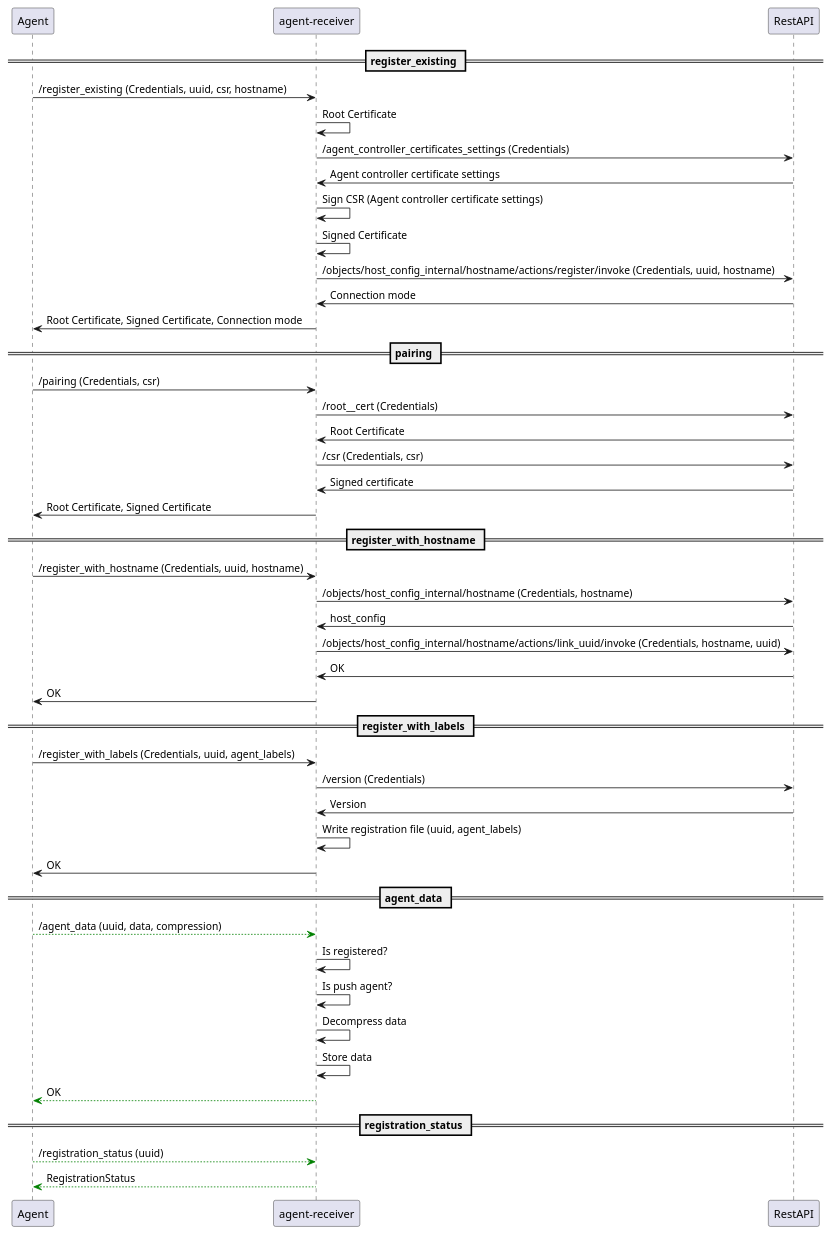
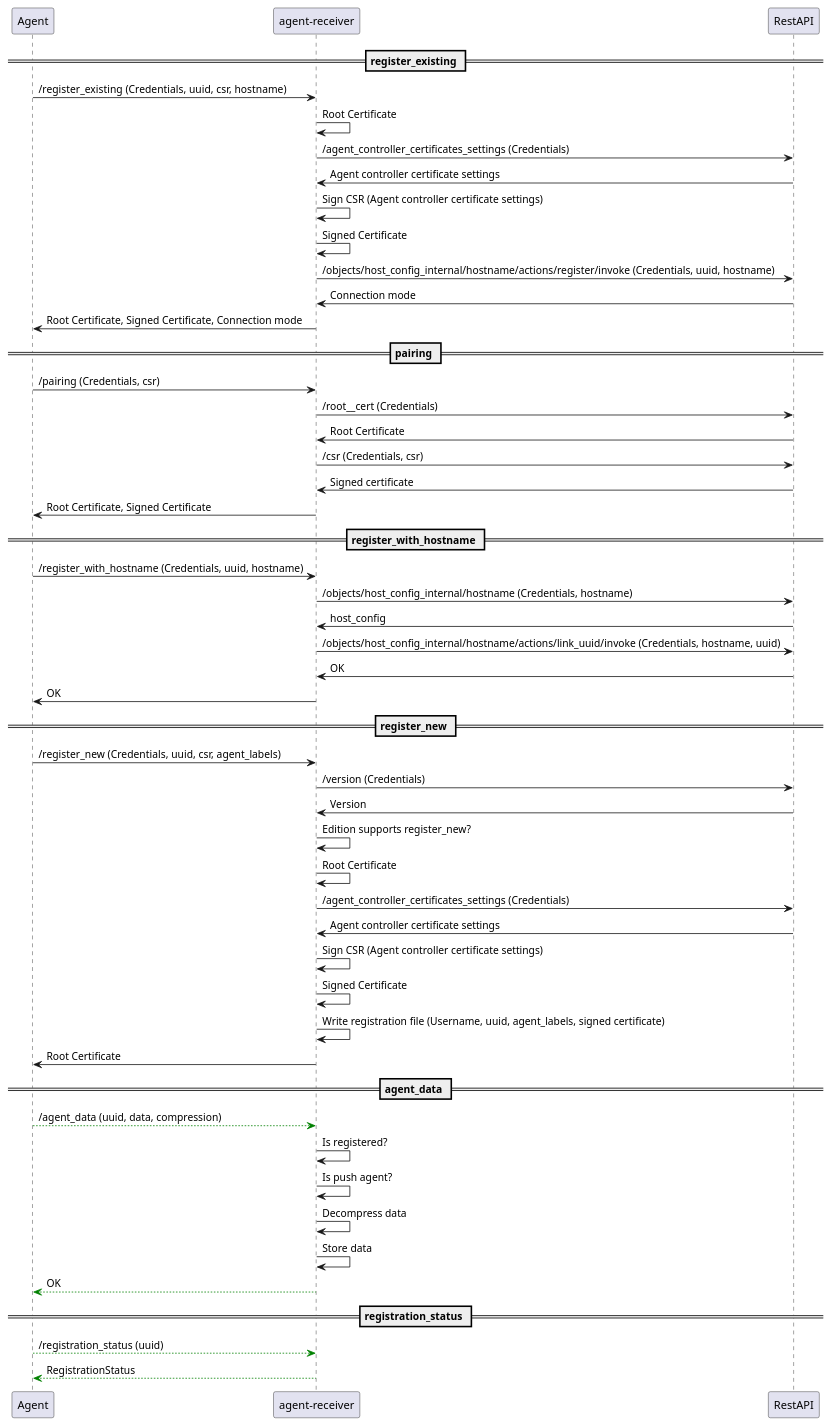
One commit to Checkmk/checkmk changed the diagram in doc/documentation/arch-comp-agent-receiver.puml. Above: the diagram before and after it, drawn with PlantUML. The commit also changed 5 other files, not shown here.

First line of the commit message:
Agent receiver: New /register_new endpoint

```diff
--- a/doc/documentation/arch-comp-agent-receiver.puml
+++ b/doc/documentation/arch-comp-agent-receiver.puml
@@ -1,65 +1,71 @@
 @startuml
 
 participant Agent as agent
 participant "agent-receiver" as agent_receiver
 participant "RestAPI" as rest_api
 
 == register_existing ==
 
 agent -> agent_receiver: /register_existing (Credentials, uuid, csr, hostname)
 agent_receiver -> agent_receiver: Root Certificate
 agent_receiver -> rest_api: /agent_controller_certificates_settings (Credentials)
 rest_api -> agent_receiver: Agent controller certificate settings
 agent_receiver -> agent_receiver: Sign CSR (Agent controller certificate settings)
 agent_receiver -> agent_receiver: Signed Certificate
 agent_receiver -> rest_api: /objects/host_config_internal/hostname/actions/register/invoke (Credentials, uuid, hostname)
 rest_api -> agent_receiver: Connection mode
 agent_receiver -> agent: Root Certificate, Signed Certificate, Connection mode
 
 
 == pairing ==
 
 agent -> agent_receiver:  /pairing (Credentials, csr)
 agent_receiver -> rest_api: /root__cert (Credentials)
 rest_api -> agent_receiver: Root Certificate
 agent_receiver -> rest_api: /csr (Credentials, csr)
 rest_api -> agent_receiver: Signed certificate
 agent_receiver -> agent: Root Certificate, Signed Certificate
 
 
 == register_with_hostname ==
 
 agent -> agent_receiver: /register_with_hostname (Credentials, uuid, hostname)
 agent_receiver -> rest_api: /objects/host_config_internal/hostname (Credentials, hostname)
 rest_api -> agent_receiver: host_config
 agent_receiver -> rest_api: /objects/host_config_internal/hostname/actions/link_uuid/invoke (Credentials, hostname, uuid)
 rest_api -> agent_receiver: OK
 agent_receiver -> agent: OK
 
 
-== register_with_labels ==
+== register_new ==
 
-agent -> agent_receiver: /register_with_labels (Credentials, uuid, agent_labels)
+agent -> agent_receiver: /register_new (Credentials, uuid, csr, agent_labels)
 agent_receiver -> rest_api: /version (Credentials)
 rest_api -> agent_receiver: Version
-agent_receiver -> agent_receiver: Write registration file (uuid, agent_labels)
-agent_receiver -> agent: OK
+agent_receiver -> agent_receiver: Edition supports register_new?
+agent_receiver -> agent_receiver: Root Certificate
+agent_receiver -> rest_api: /agent_controller_certificates_settings (Credentials)
+rest_api -> agent_receiver: Agent controller certificate settings
+agent_receiver -> agent_receiver: Sign CSR (Agent controller certificate settings)
+agent_receiver -> agent_receiver: Signed Certificate
+agent_receiver -> agent_receiver: Write registration file (Username, uuid, agent_labels, signed certificate)
+agent_receiver -> agent: Root Certificate
 
 
 == agent_data ==
 
 agent -[#green]-> agent_receiver: /agent_data (uuid, data, compression)
 agent_receiver -> agent_receiver: Is registered?
 agent_receiver -> agent_receiver: Is push agent?
 agent_receiver -> agent_receiver: Decompress data
 agent_receiver -> agent_receiver: Store data
 agent_receiver -[#green]-> agent: OK
 
 
 == registration_status ==
 
 agent -[#green]-> agent_receiver: /registration_status (uuid)
 agent_receiver -[#green]-> agent: RegistrationStatus
 
 
 @enduml
```
